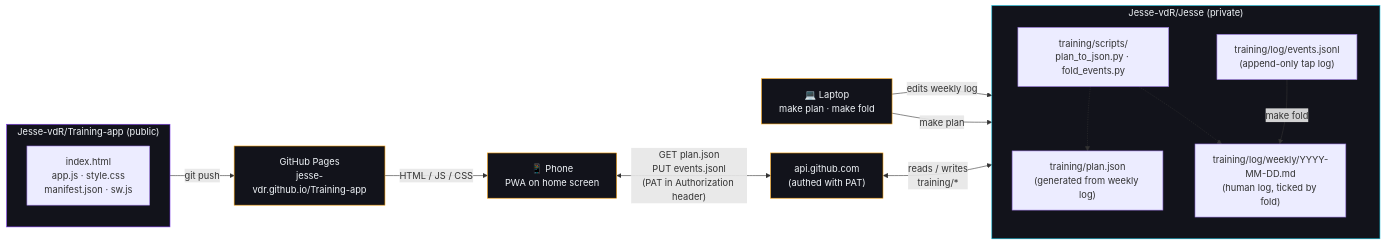
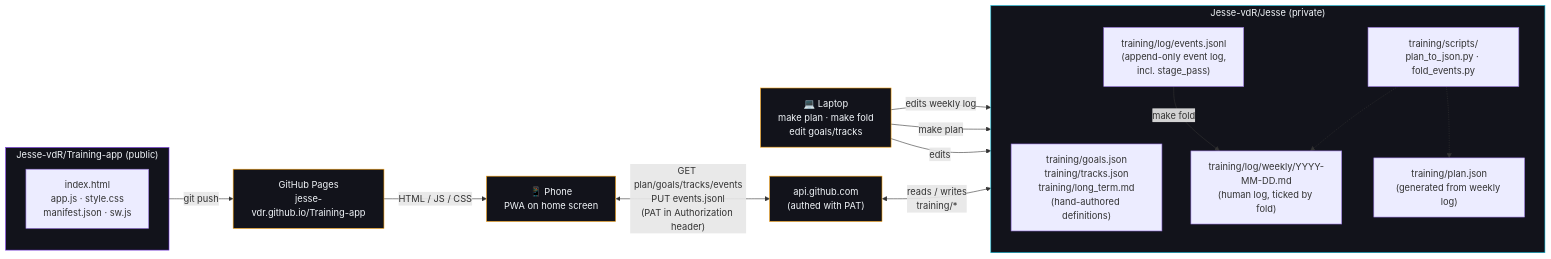
Before and after one commit to Jesse-vdR/training-app: the first of 2 diagrams in README.md, drawn with Mermaid. The commit also changed other lines of this file, not shown here.

````diff
--- a/README.md
+++ b/README.md
@@ -9,35 +14,37 @@
 ```mermaid
 flowchart LR
     subgraph Public["Jesse-vdR/Training-app  (public)"]
       direction TB
       SRC["index.html<br/>app.js · style.css<br/>manifest.json · sw.js"]
     end
     subgraph Private["Jesse-vdR/Jesse  (private)"]
       direction TB
+      DEFS["training/goals.json<br/>training/tracks.json<br/>training/long_term.md<br/>(hand-authored definitions)"]
       PLAN["training/plan.json<br/>(generated from weekly log)"]
-      EV["training/log/events.jsonl<br/>(append-only tap log)"]
+      EV["training/log/events.jsonl<br/>(append-only event log,<br/>incl. stage_pass)"]
       WEEK["training/log/weekly/YYYY-MM-DD.md<br/>(human log, ticked by fold)"]
       SCRIPTS["training/scripts/<br/>plan_to_json.py · fold_events.py"]
     end
     Pages["GitHub Pages<br/>jesse-vdr.github.io/Training-app"]
     Phone["📱 Phone<br/>PWA on home screen"]
     API["api.github.com<br/>(authed with PAT)"]
-    Laptop["💻 Laptop<br/>make plan · make fold"]
+    Laptop["💻 Laptop<br/>make plan · make fold<br/>edit goals/tracks"]
 
     SRC -- "git push" --> Pages
     Pages -- "HTML / JS / CSS" --> Phone
-    Phone <-- "GET plan.json<br/>PUT events.jsonl<br/>(PAT in Authorization header)" --> API
+    Phone <-- "GET plan/goals/tracks/events<br/>PUT events.jsonl<br/>(PAT in Authorization header)" --> API
     API <-- "reads / writes<br/>training/*" --> Private
     Laptop -- "edits weekly log" --> WEEK
     Laptop -- "make plan" --> PLAN
+    Laptop -- "edits" --> DEFS
     EV -- "make fold" --> WEEK
     SCRIPTS -.-> PLAN
     SCRIPTS -.-> WEEK
 
     classDef pub fill:#12131b,stroke:#7c3aed,color:#f1f5f9;
     classDef priv fill:#12131b,stroke:#06b6d4,color:#f1f5f9;
     classDef ext fill:#12131b,stroke:#f59e0b,color:#f1f5f9;
     class Public pub;
     class Private priv;
     class Pages,API,Phone,Laptop ext;
 ```
````
